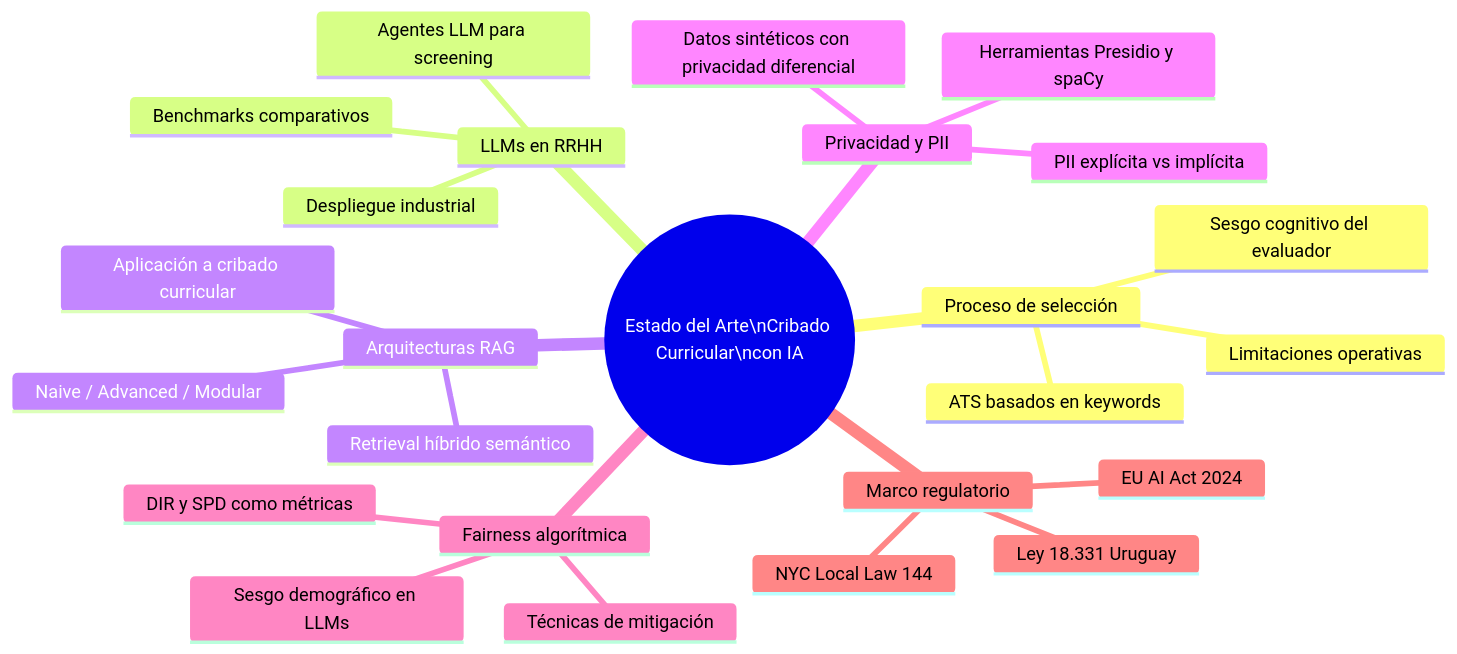
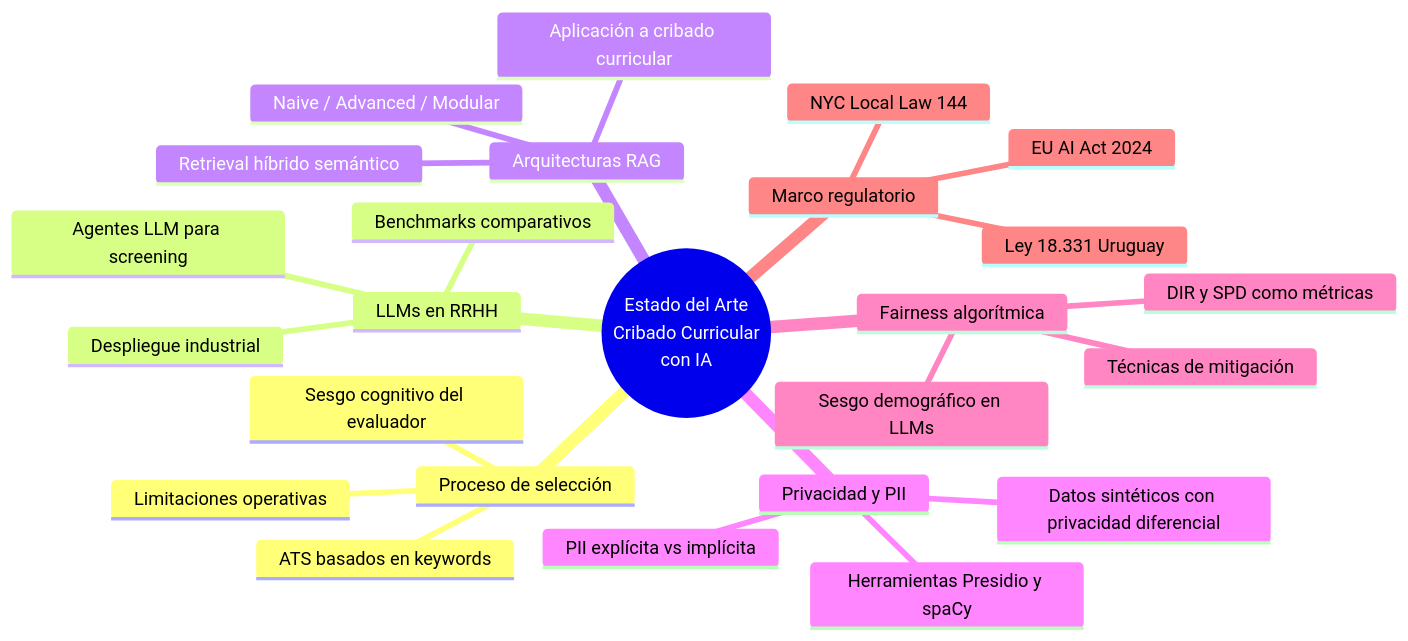
Before and after one commit to abelvisiUNIR/sistac: the first of 3 diagrams in paper/sections/Capitulo_2_Estado_del_arte.md, drawn with Mermaid. The commit also changed 60 other files, not shown here.

````diff
--- a/paper/sections/Capitulo_2_Estado_del_arte.md
+++ b/paper/sections/Capitulo_2_Estado_del_arte.md
@@ -5,28 +5,30 @@
 ```mermaid
 mindmap
-  root((Estado del Arte\nCribado Curricular\ncon IA))
+  root((Estado del Arte
+  Cribado Curricular
+  con IA))
     Proceso de selección
       Limitaciones operativas
       Sesgo cognitivo del evaluador
       ATS basados en keywords
     LLMs en RRHH
       Benchmarks comparativos
       Agentes LLM para screening
       Despliegue industrial
     Arquitecturas RAG
       Naive / Advanced / Modular
       Aplicación a cribado curricular
       Retrieval híbrido semántico
     Privacidad y PII
       PII explícita vs implícita
       Herramientas Presidio y spaCy
       Datos sintéticos con privacidad diferencial
     Fairness algorítmica
       DIR y SPD como métricas
       Sesgo demográfico en LLMs
       Técnicas de mitigación
     Marco regulatorio
       EU AI Act 2024
       NYC Local Law 144
       Ley 18.331 Uruguay
 ```
````
